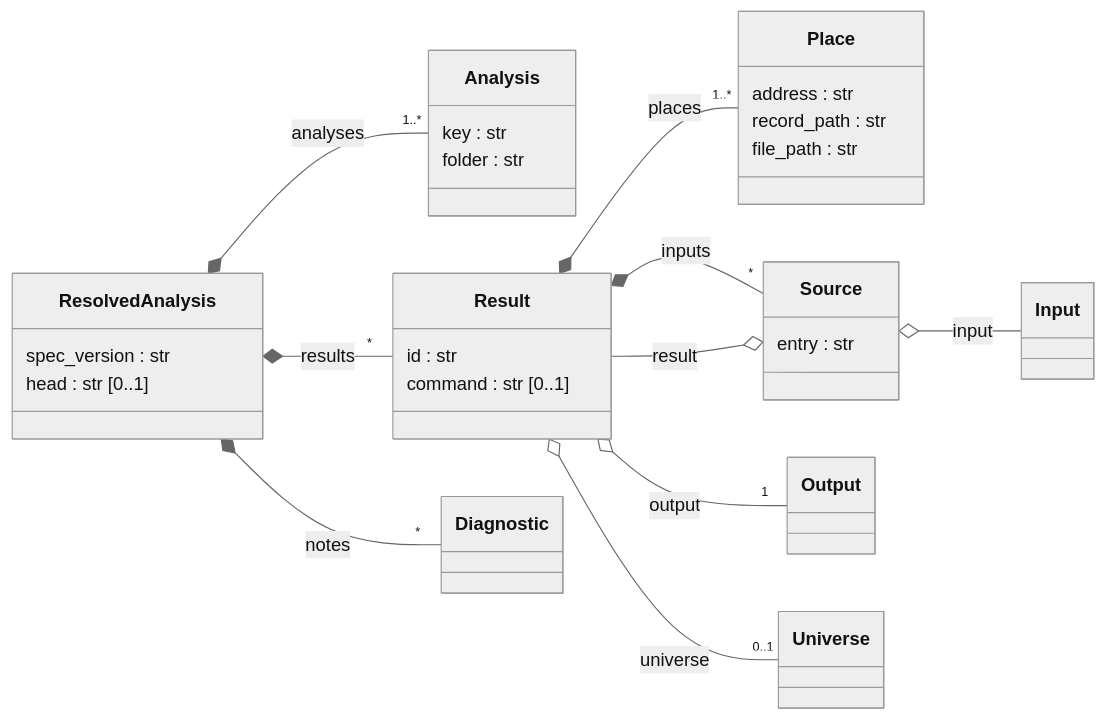
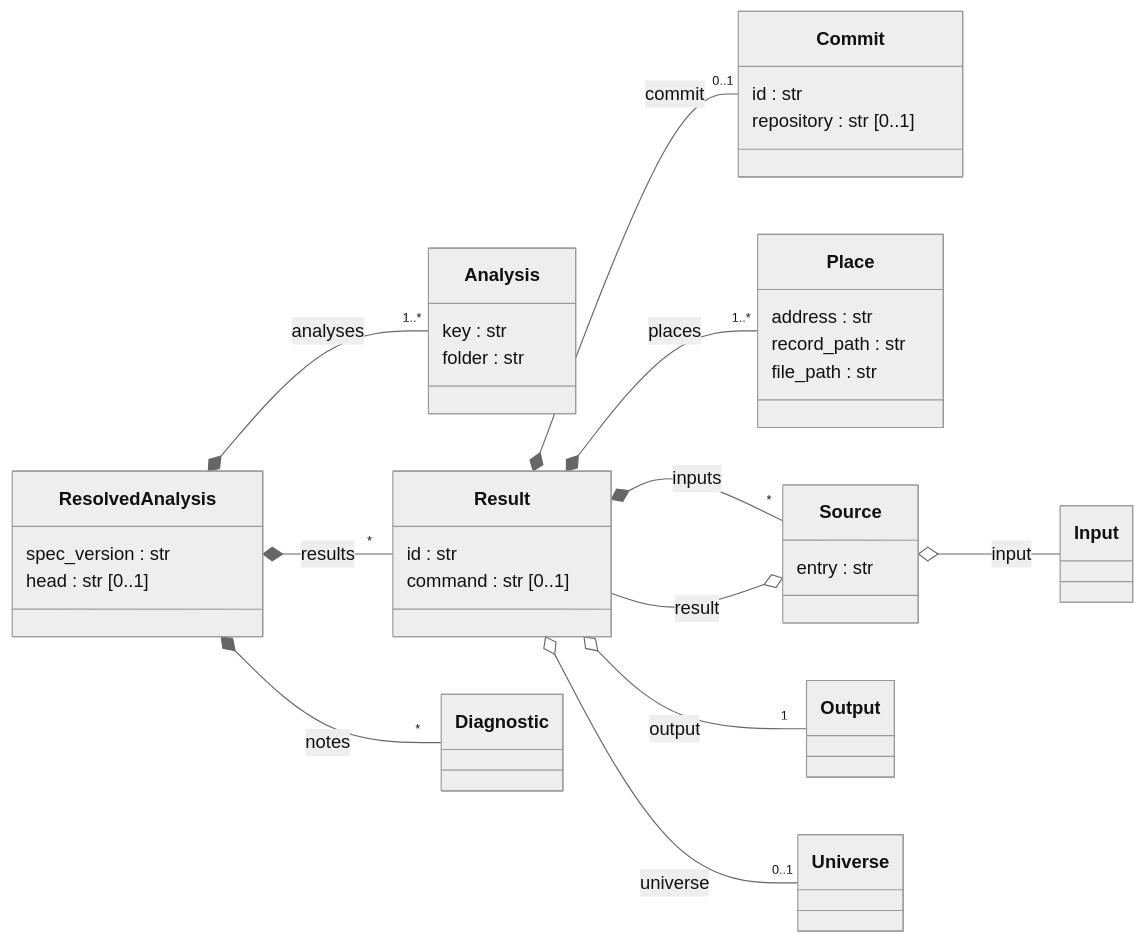
The third of 8 diagrams in docs/data-model.md (astra-project/astra-tools), drawn with Mermaid (neutral theme) before and after one commit. The commit also changed other lines of this file and 21 other files, not shown here.

````diff
--- a/docs/data-model.md
+++ b/docs/data-model.md
@@ -166,37 +166,42 @@
 ```mermaid
 classDiagram
   direction LR
   class ResolvedAnalysis {
     spec_version : str
     head : str [0..1]
   }
   class Analysis {
     key : str
     folder : str
   }
   class Result {
     id : str
     command : str [0..1]
+  }
+  class Commit {
+    id : str
+    repository : str [0..1]
   }
   class Place {
     address : str
     record_path : str
     file_path : str
   }
   class Source {
     entry : str
   }
   class Output
   class Universe
   class Input
   class Diagnostic
   ResolvedAnalysis *-- "1..*" Analysis : analyses
   ResolvedAnalysis *-- "*" Result : results
   ResolvedAnalysis *-- "*" Diagnostic : notes
   Result *-- "1..*" Place : places
   Result *-- "*" Source : inputs
+  Result *-- "0..1" Commit : commit
   Result o-- "1" Output : output
   Result o-- "0..1" Universe : universe
   Source o-- Input : input
   Source o-- Result : result
 ```
````
